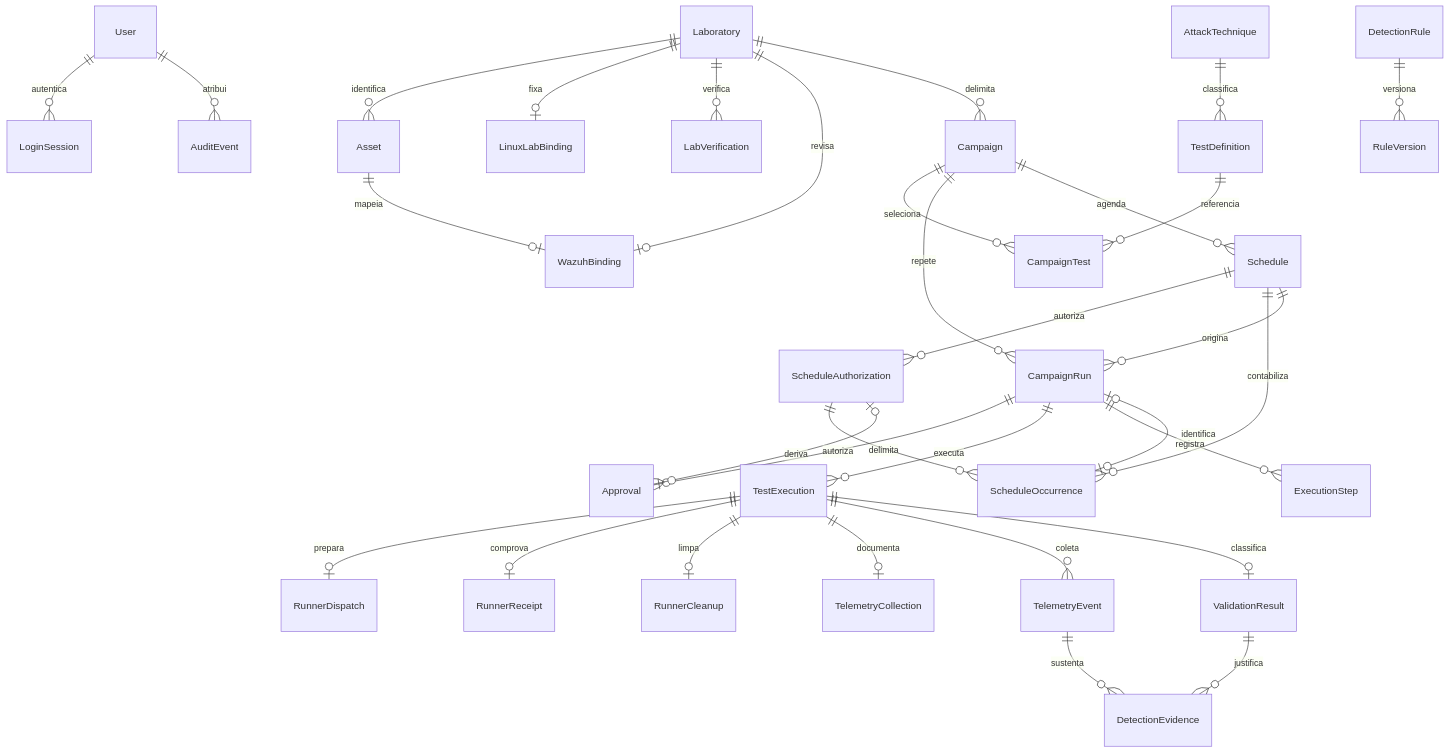
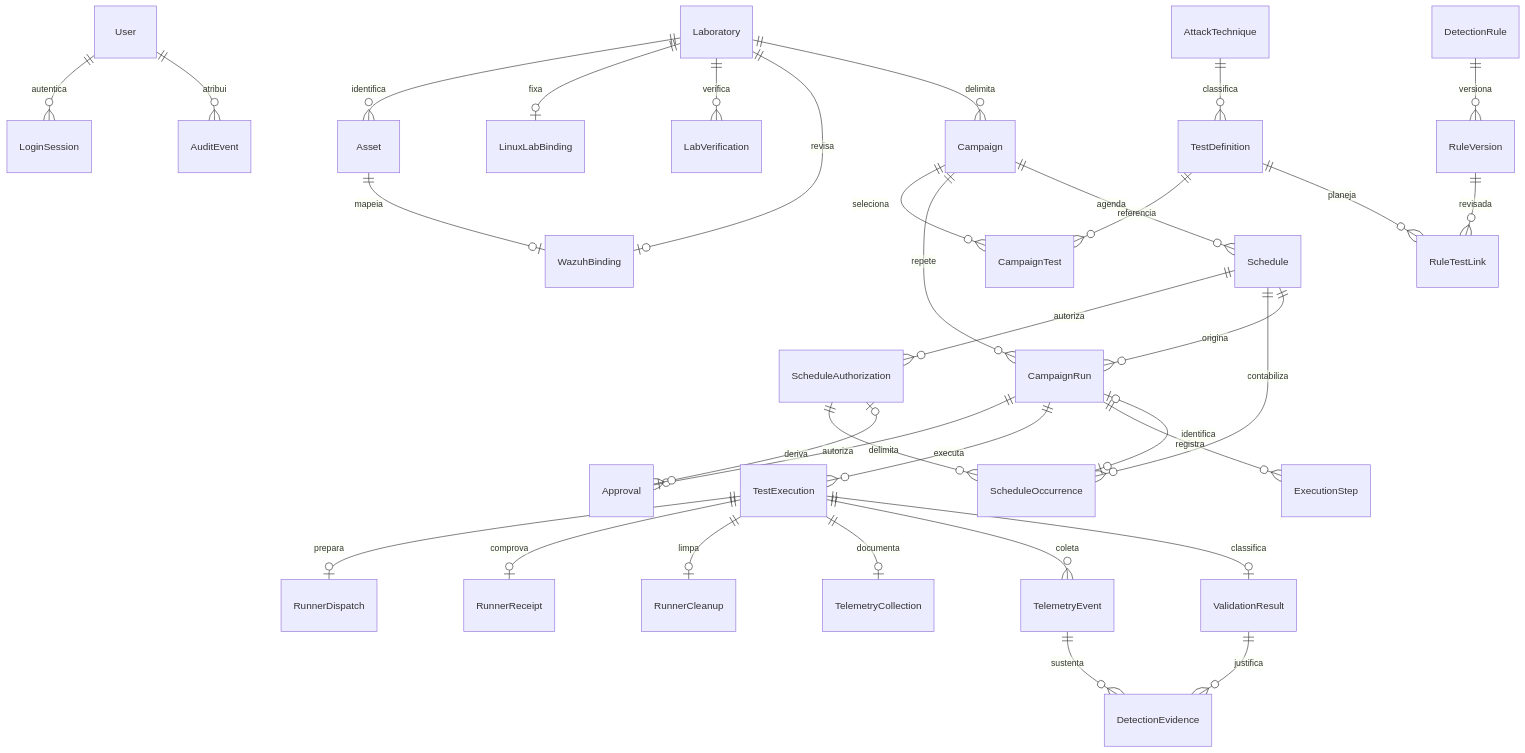
One commit to Buraddomoon/AEGIS changed the diagram in docs/architecture/data-model.md. Above: the diagram before and after it, drawn with Mermaid. The commit also changed other lines of this file and 11 other files, not shown here.

````diff
--- a/docs/architecture/data-model.md
+++ b/docs/architecture/data-model.md
@@ -5,34 +5,36 @@
 ```mermaid
 erDiagram
   User ||--o{ LoginSession : autentica
   Laboratory ||--o{ Asset : identifica
   Laboratory ||--o| LinuxLabBinding : fixa
   Laboratory ||--o{ LabVerification : verifica
   TestExecution ||--o| RunnerDispatch : prepara
   TestExecution ||--o| RunnerReceipt : comprova
   TestExecution ||--o| RunnerCleanup : limpa
   Laboratory ||--o| WazuhBinding : revisa
   Asset ||--o| WazuhBinding : mapeia
   TestExecution ||--o| TelemetryCollection : documenta
   Laboratory ||--o{ Campaign : delimita
   Campaign ||--o{ CampaignTest : seleciona
   TestDefinition ||--o{ CampaignTest : referencia
   AttackTechnique ||--o{ TestDefinition : classifica
   Campaign ||--o{ CampaignRun : repete
   CampaignRun ||--o| Approval : autoriza
   CampaignRun ||--o{ TestExecution : executa
   CampaignRun ||--o{ ExecutionStep : registra
   TestExecution ||--o{ TelemetryEvent : coleta
   TestExecution ||--o| ValidationResult : classifica
   ValidationResult ||--o{ DetectionEvidence : justifica
   TelemetryEvent ||--o{ DetectionEvidence : sustenta
   DetectionRule ||--o{ RuleVersion : versiona
+  RuleVersion ||--o{ RuleTestLink : revisada
+  TestDefinition ||--o{ RuleTestLink : planeja
   User ||--o{ AuditEvent : atribui
   Campaign ||--o{ Schedule : agenda
   Schedule ||--o{ ScheduleAuthorization : autoriza
   Schedule ||--o{ ScheduleOccurrence : contabiliza
   Schedule ||--o{ CampaignRun : origina
   ScheduleAuthorization ||--o{ ScheduleOccurrence : delimita
   ScheduleAuthorization o|--o{ Approval : deriva
   CampaignRun o|--o| ScheduleOccurrence : identifica
 ```
````
